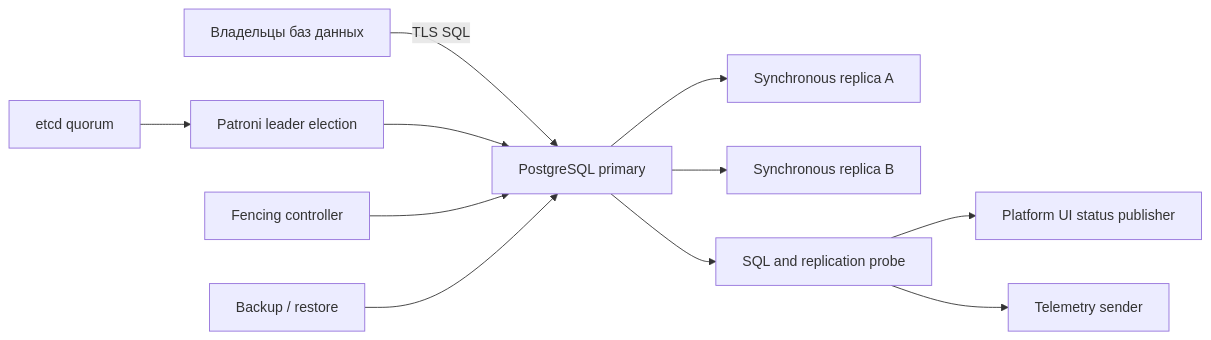
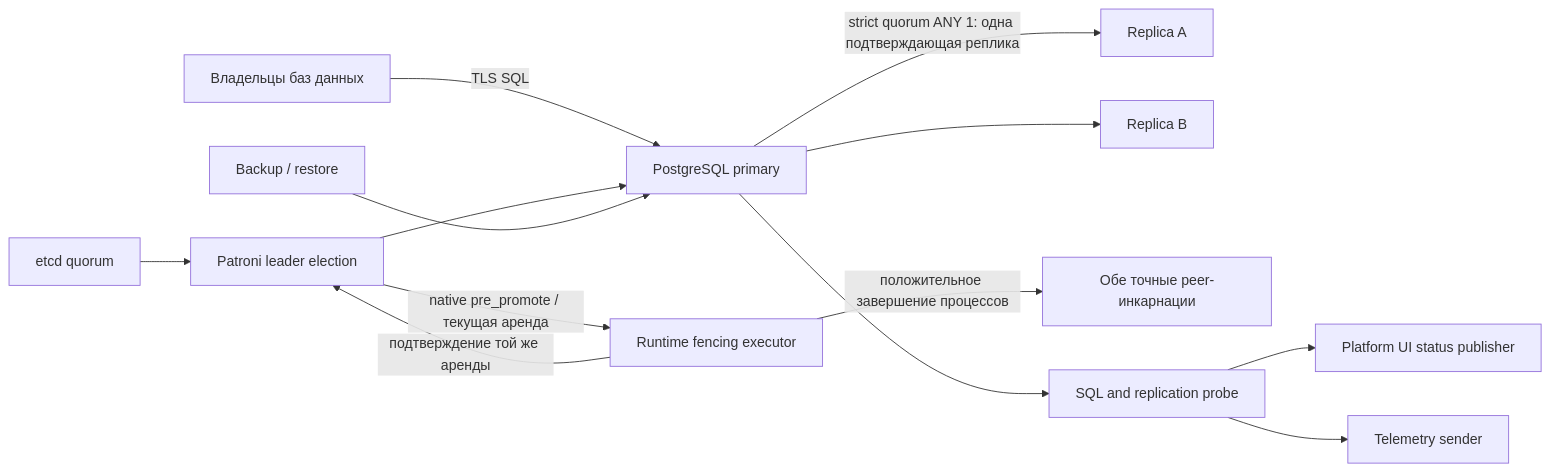
The diagram in postgresql/architecture.mmd (sapogov1978/AELEV-platform-infrastructure), drawn with Mermaid before and after one commit. The commit also changed 49 other files, not shown here.

```diff
--- a/postgresql/architecture.mmd
+++ b/postgresql/architecture.mmd
@@ -1,11 +1,13 @@
 flowchart LR
     Clients["Владельцы баз данных"] -->|TLS SQL| Primary["PostgreSQL primary"]
     Etcd["etcd quorum"] --> Patroni["Patroni leader election"]
     Patroni --> Primary
-    Primary --> ReplicaA["Synchronous replica A"]
-    Primary --> ReplicaB["Synchronous replica B"]
-    Fencing["Fencing controller"] --> Primary
+    Primary -->|"strict quorum ANY 1: одна подтверждающая реплика"| ReplicaA["Replica A"]
+    Primary --> ReplicaB["Replica B"]
+    Patroni -->|"native pre_promote / текущая аренда"| Fencing["Runtime fencing executor"]
+    Fencing -->|"положительное завершение процессов"| Peers["Обе точные peer-инкарнации"]
+    Fencing -->|"подтверждение той же аренды"| Patroni
     Backup["Backup / restore"] --> Primary
     Primary --> Probe["SQL and replication probe"]
     Probe --> Status["Platform UI status publisher"]
     Probe --> Telemetry["Telemetry sender"]
```
